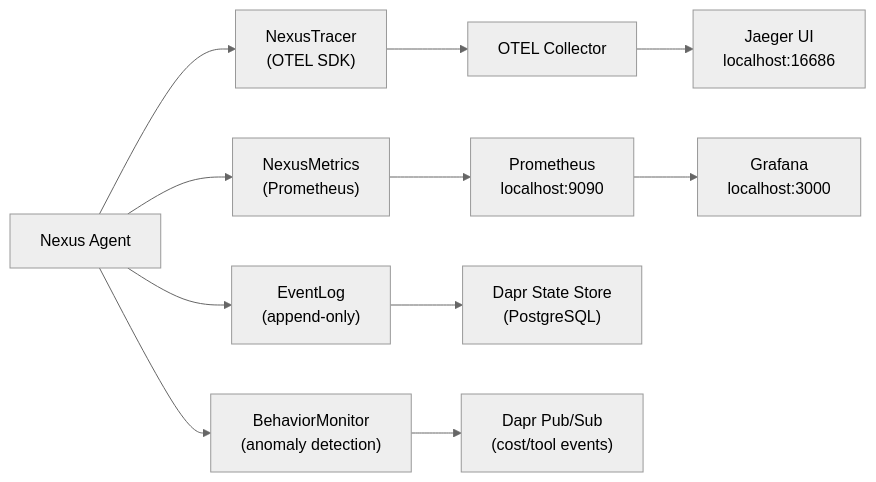
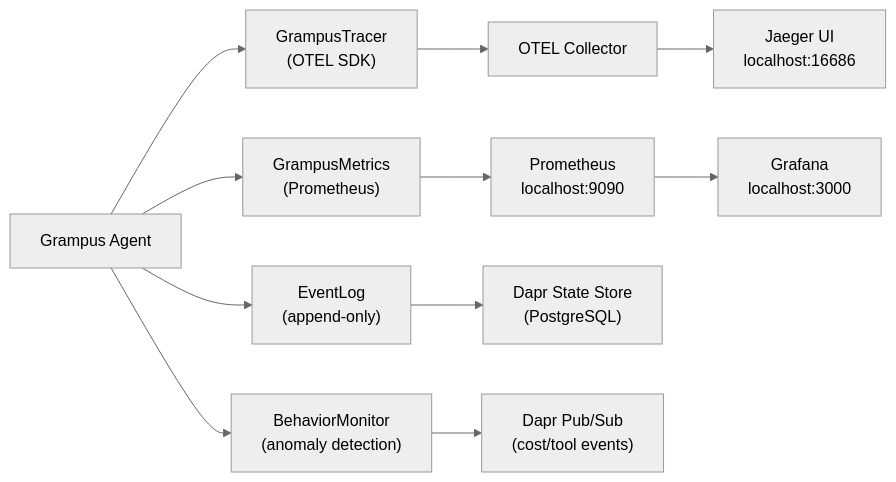
One commit to alireza1989/grampus changed the diagram in docs/guides/observability.md. Above: the diagram before and after it, drawn with Mermaid (neutral theme). The commit also changed other lines of this file and 56 other files, not shown here.

First line of the commit message:
refactor(docs): rename nexus → grampus — documentation and final validation (4/4)

````diff
--- a/docs/guides/observability.md
+++ b/docs/guides/observability.md
@@ -15,16 +15,16 @@
 ```mermaid
 graph LR
-    Agent["Nexus Agent"] --> Tracer["NexusTracer\n(OTEL SDK)"]
-    Agent --> Metrics["NexusMetrics\n(Prometheus)"]
+    Agent["Grampus Agent"] --> Tracer["GrampusTracer\n(OTEL SDK)"]
+    Agent --> Metrics["GrampusMetrics\n(Prometheus)"]
     Agent --> EventLog["EventLog\n(append-only)"]
     Agent --> Monitor["BehaviorMonitor\n(anomaly detection)"]
 
     Tracer --> OTELCol["OTEL Collector"]
     OTELCol --> Jaeger["Jaeger UI\nlocalhost:16686"]
 
     Metrics --> Prom["Prometheus\nlocalhost:9090"]
     Prom --> Grafana["Grafana\nlocalhost:3000"]
 
     EventLog --> Dapr["Dapr State Store\n(PostgreSQL)"]
     Monitor --> PubSub["Dapr Pub/Sub\n(cost/tool events)"]
 ```
````
